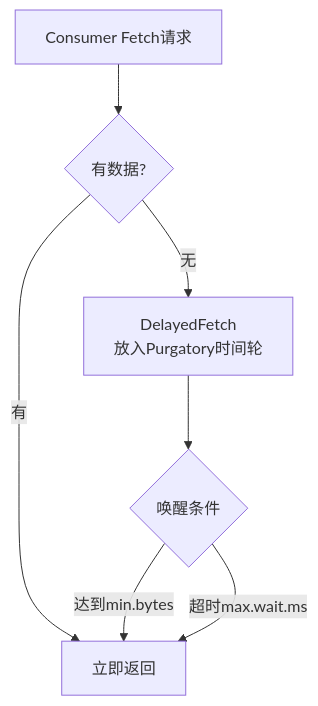
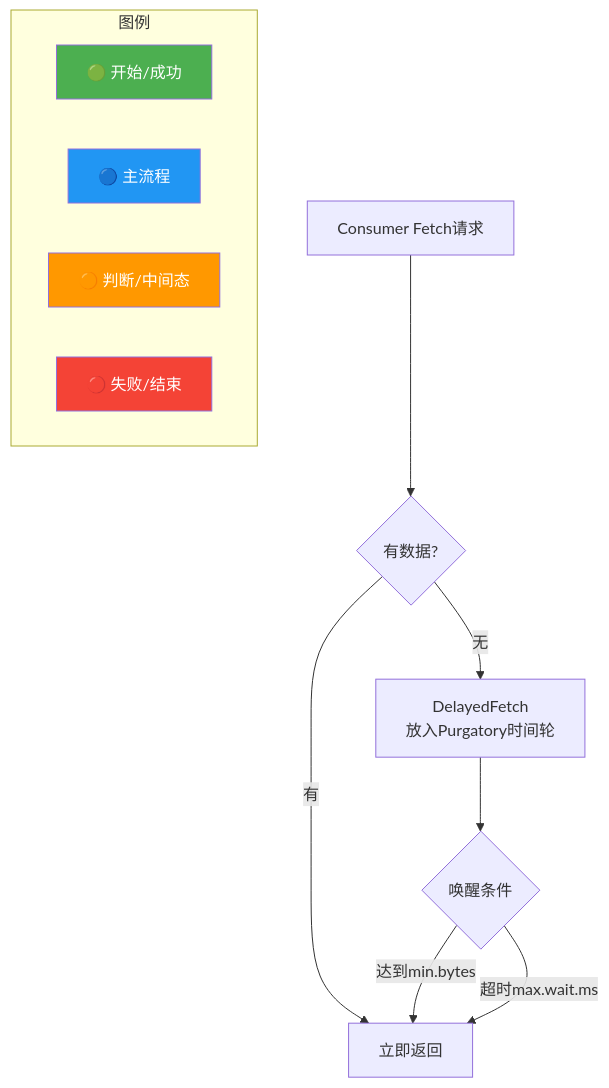
Before and after one commit to SunArthur86/interview-2026: the diagram in questions/middleware/mq-015.md, drawn with Mermaid. The commit also changed other lines of this file and 3180 other files, not shown here.

First line of the commit message:
Mermaid颜色增强99% + 面试频率分类(高频1571/中频1115/低频461)

````diff
--- a/questions/middleware/mq-015.md
+++ b/questions/middleware/mq-015.md
@@ -96,9 +97,32 @@
 ```mermaid
 flowchart TD
+    classDef start fill:#4CAF50,color:#fff
+    classDef process fill:#2196F3,color:#fff
+    classDef decision fill:#FF9800,color:#fff
+    classDef special fill:#9C27B0,color:#fff
+    classDef error fill:#f44336,color:#fff
+    classDef info fill:#607D8B,color:#fff
+    class Consumer start
+    class Delay process
+    class DelayedFetch decision
+    class Empty special
+    class Fetch error
+    class Return info
+    class Wake start
+    class br process
+    class bytes decision
+    class ms special
+    class wait error
     Fetch[Consumer Fetch请求] --> Empty{有数据?}
     Empty -->|有| Return[立即返回]
     Empty -->|无| Delay[DelayedFetch<br/>放入Purgatory时间轮]
     Delay --> Wake{唤醒条件}
     Wake -->|达到min.bytes| Return
     Wake -->|超时max.wait.ms| Return
+    subgraph Legend["图例"]
+        L1["🟢 开始/成功"]:::start
+        L2["🔵 主流程"]:::process
+        L3["🟠 判断/中间态"]:::decision
+        L4["🔴 失败/结束"]:::error
+    end
 ```
````
